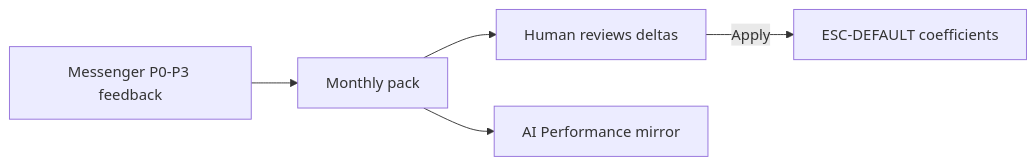
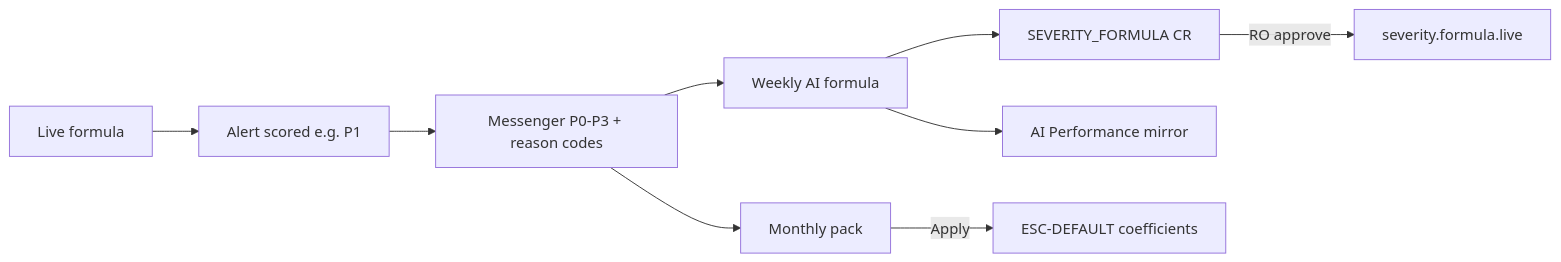
One commit to hxyan2020/PRD changed diagram 11 of 13 in platform/docs/USER_GUIDE.md. Above: the diagram before and after it, drawn with Mermaid. The commit also changed other lines of this file and 9 other files, not shown here.

First line of the commit message:
Document severity formula loop in EN and Traditional Chinese docs.

````diff
--- a/platform/docs/USER_GUIDE.md
+++ b/platform/docs/USER_GUIDE.md
@@ -562,7 +572,11 @@
 ```mermaid
 flowchart LR
-  Msg[Messenger P0-P3 feedback] --> Month[Monthly pack]
-  Month --> Review[Human reviews deltas]
-  Review -->|Apply| EscDefault[ESC-DEFAULT coefficients]
-  Month --> Perf[AI Performance mirror]
+  Formula[Live formula] --> Alert[Alert scored e.g. P1]
+  Alert --> Msg[Messenger P0-P3 + reason codes]
+  Msg --> Week[Weekly AI formula]
+  Week --> CR[SEVERITY_FORMULA CR]
+  CR -->|RO approve| Live[severity.formula.live]
+  Msg --> Month[Monthly pack]
+  Month -->|Apply| EscDefault[ESC-DEFAULT coefficients]
+  Week --> Perf[AI Performance mirror]
 ```
````
